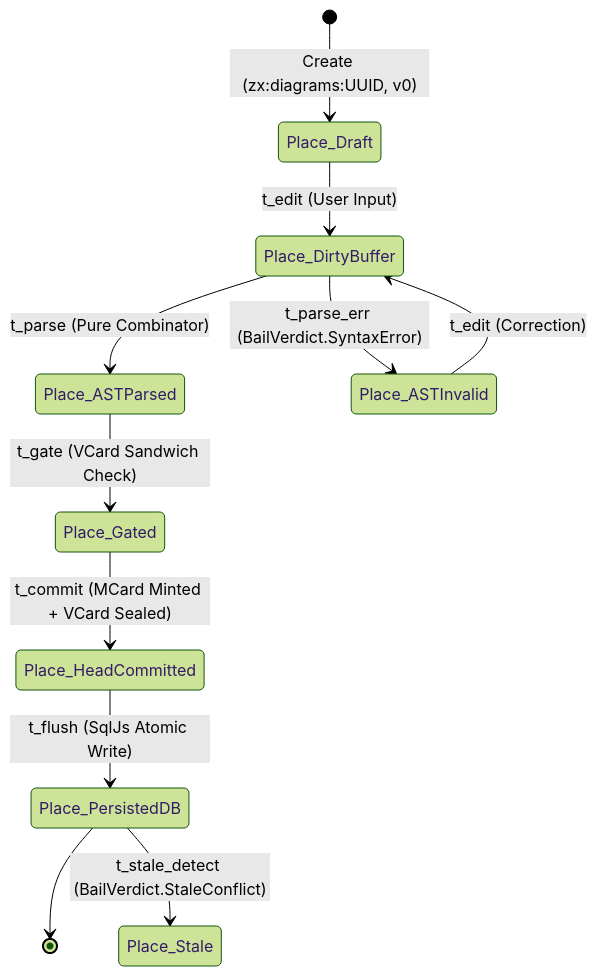
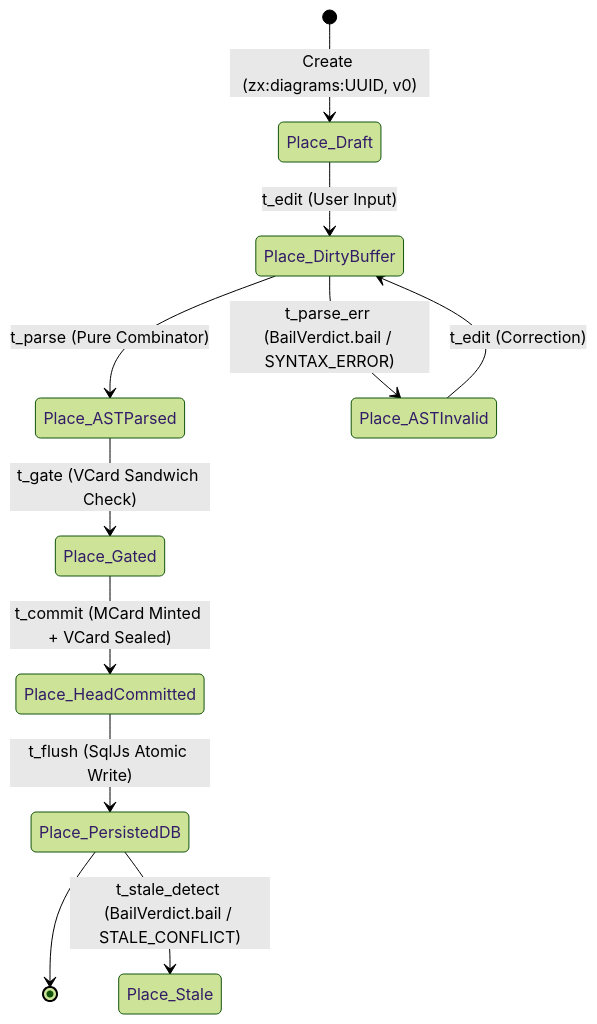
One commit to xlp0/tikzit changed the third of 5 diagrams in docs/sprints/_active/PROPOSAL-20-24-ALGEBRAIC-MODULARITY-CLM-AND-BUILD-UNIFICATION.md. Above: the diagram before and after it, drawn with Mermaid (forest theme). The commit also changed other lines of this file and 10 other files, not shown here.

````diff
--- a/docs/sprints/_active/PROPOSAL-20-24-ALGEBRAIC-MODULARITY-CLM-AND-BUILD-UNIFICATION.md
+++ b/docs/sprints/_active/PROPOSAL-20-24-ALGEBRAIC-MODULARITY-CLM-AND-BUILD-UNIFICATION.md
@@ -129,14 +129,14 @@
 ```mermaid
 stateDiagram-v2
     [*] --> Place_Draft: Create (zx:diagrams:UUID, v0)
     Place_Draft --> Place_DirtyBuffer: t_edit (User Input)
     Place_DirtyBuffer --> Place_ASTParsed: t_parse (Pure Combinator)
     Place_ASTParsed --> Place_Gated: t_gate (VCard Sandwich Check)
     Place_Gated --> Place_HeadCommitted: t_commit (MCard Minted + VCard Sealed)
     Place_HeadCommitted --> Place_PersistedDB: t_flush (SqlJs Atomic Write)
     Place_PersistedDB --> [*]
     
-    Place_DirtyBuffer --> Place_ASTInvalid: t_parse_err (BailVerdict.SyntaxError)
+    Place_DirtyBuffer --> Place_ASTInvalid: t_parse_err (BailVerdict.bail / SYNTAX_ERROR)
     Place_ASTInvalid --> Place_DirtyBuffer: t_edit (Correction)
-    Place_PersistedDB --> Place_Stale: t_stale_detect (BailVerdict.StaleConflict)
+    Place_PersistedDB --> Place_Stale: t_stale_detect (BailVerdict.bail / STALE_CONFLICT)
 ```
````
